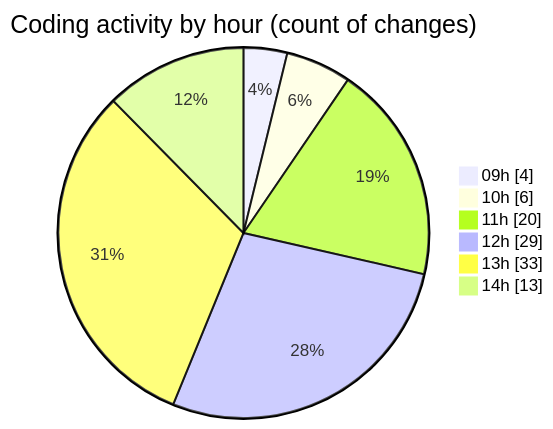
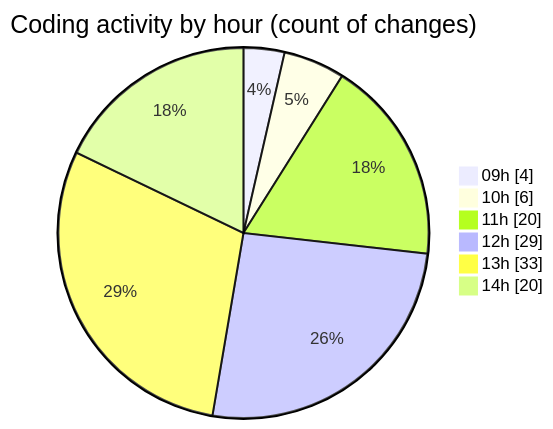
One commit to momahboobian/code-tracking changed the second of 2 diagrams in 2025-05-29/cda/README.md. Above: the diagram before and after it, drawn with Mermaid. The commit also changed other lines of this file and 1 other file, not shown here.

````diff
--- a/2025-05-29/cda/README.md
+++ b/2025-05-29/cda/README.md
@@ -40,10 +41,10 @@
 ```mermaid
 pie showData
 title Coding activity by hour (count of changes)
 "09h" : 4
 "10h" : 6
 "11h" : 20
 "12h" : 29
 "13h" : 33
-"14h" : 13
+"14h" : 20
 ```
````
